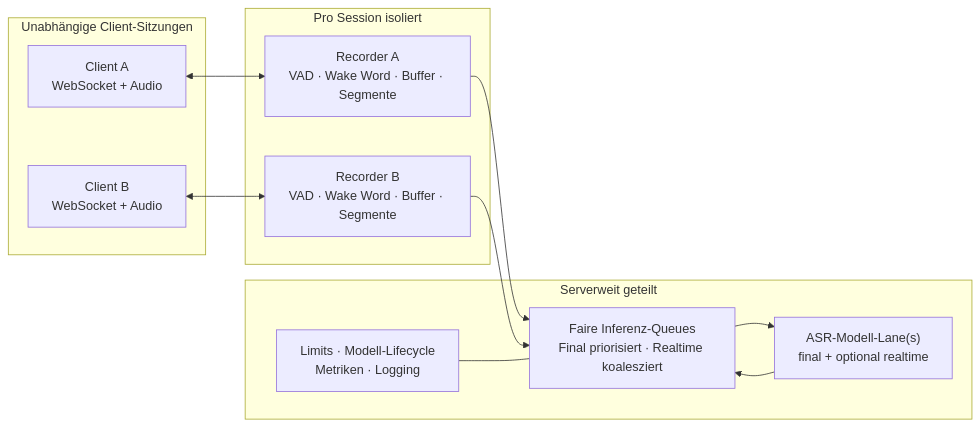
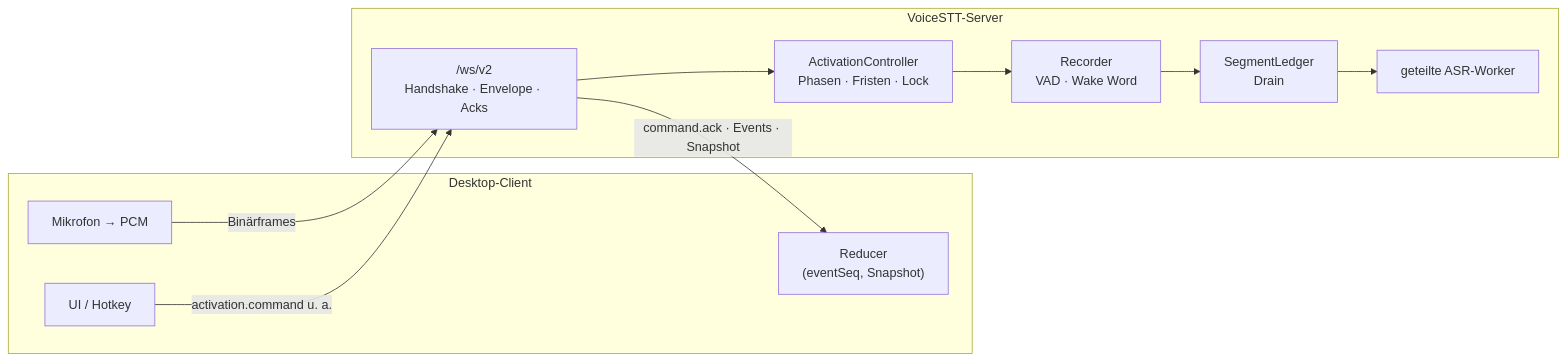
One commit to marcosudau-vps/voice-stt-server changed the diagram in docs/client-development/README.md. Above: the diagram before and after it, drawn with Mermaid. The commit also changed other lines of this file and 9 other files, not shown here.

````diff
--- a/docs/client-development/README.md
+++ b/docs/client-development/README.md
@@ -32,26 +40,19 @@
 ```mermaid
 flowchart LR
-    subgraph Clients["Unabhängige Client-Sitzungen"]
-        C1["Client A\nWebSocket + Audio"]
-        C2["Client B\nWebSocket + Audio"]
+    subgraph Client["Desktop-Client"]
+        MIC["Mikrofon → PCM"]
+        UI["UI / Hotkey"]
+        RED["Reducer\n(eventSeq, Snapshot)"]
     end
-
-    subgraph Sessions["Pro Session isoliert"]
-        S1["Recorder A\nVAD · Wake Word · Buffer · Segmente"]
-        S2["Recorder B\nVAD · Wake Word · Buffer · Segmente"]
+    subgraph Server["VoiceSTT-Server"]
+        WS["/ws/v2\nHandshake · Envelope · Acks"]
+        AC["ActivationController\nPhasen · Fristen · Lock"]
+        REC["Recorder\nVAD · Wake Word"]
+        LED["SegmentLedger\nDrain"]
+        ASR["geteilte ASR-Worker"]
     end
-
-    subgraph Shared["Serverweit geteilt"]
-        Q["Faire Inferenz-Queues\nFinal priorisiert · Realtime koalesziert"]
-        M["ASR-Modell-Lane(s)\nfinal + optional realtime"]
-        G["Limits · Modell-Lifecycle\nMetriken · Logging"]
-    end
-
-    C1 <--> S1
-    C2 <--> S2
-    S1 --> Q
-    S2 --> Q
-    Q --> M
-    M --> Q
-    G --- Q
+    MIC -- "Binärframes" --> WS
+    UI -- "activation.command u. a." --> WS
+    WS -- "command.ack · Events · Snapshot" --> RED
+    WS --> AC --> REC --> LED --> ASR
 ```
````
